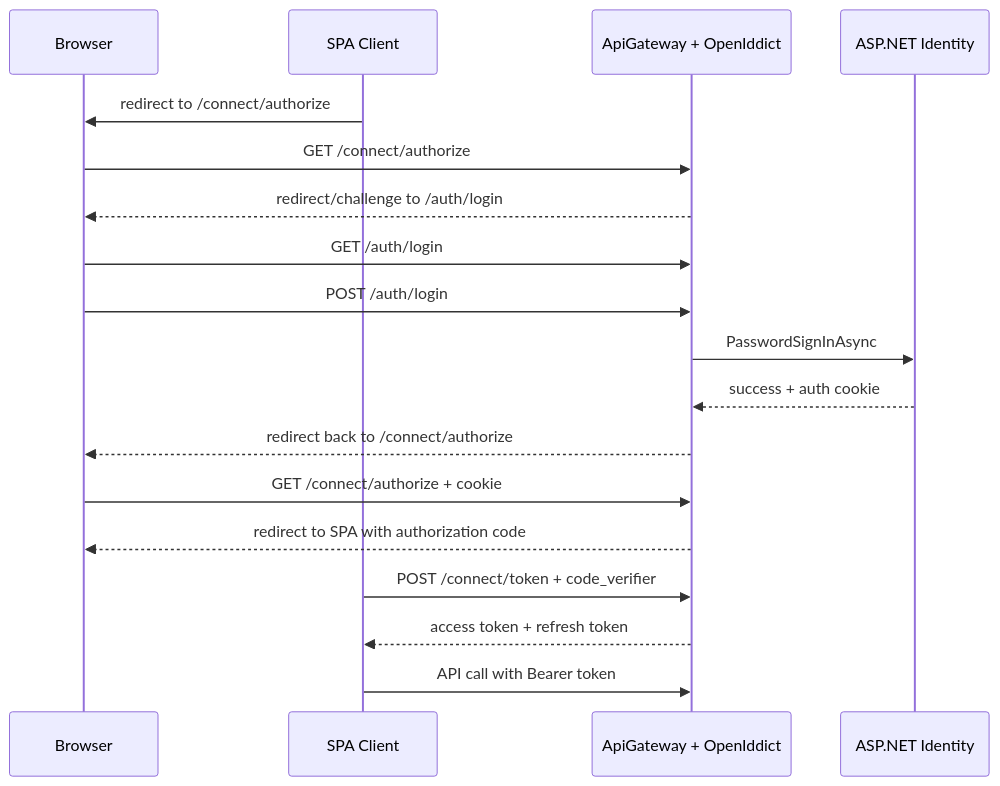
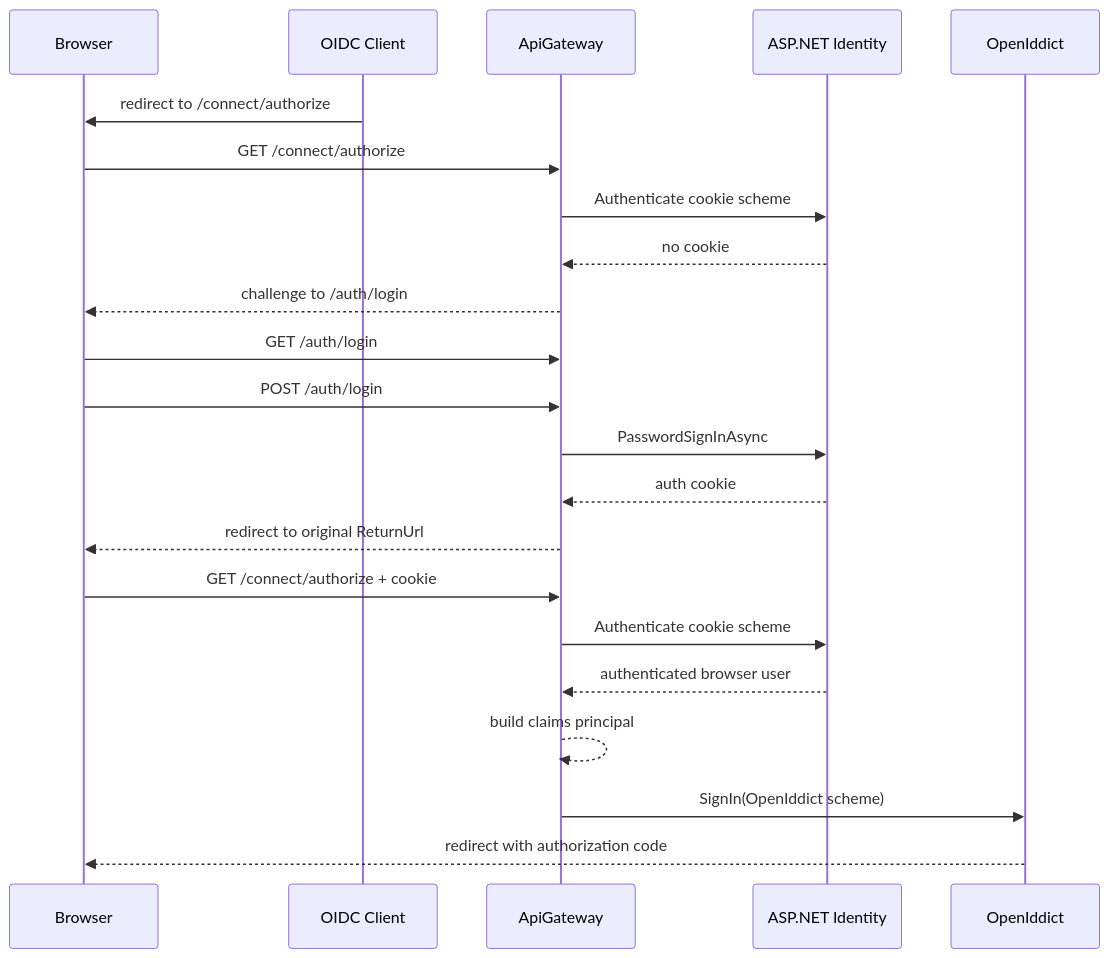
The second of 3 diagrams in GuitarStore/.ai/Auth_Flow.md (Kamil9223/GuitarStore), drawn with Mermaid before and after one commit. The commit also changed other lines of this file and 28 other files, not shown here.

````diff
--- a/GuitarStore/.ai/Auth_Flow.md
+++ b/GuitarStore/.ai/Auth_Flow.md
@@ -126,21 +141,25 @@
 ```mermaid
 sequenceDiagram
     participant Browser
-    participant SPA as SPA Client
-    participant Auth as ApiGateway + OpenIddict
+    participant Client as OIDC Client
+    participant Auth as ApiGateway
     participant Identity as ASP.NET Identity
+    participant Oidc as OpenIddict
 
-    SPA->>Browser: redirect to /connect/authorize
+    Client->>Browser: redirect to /connect/authorize
     Browser->>Auth: GET /connect/authorize
-    Auth-->>Browser: redirect/challenge to /auth/login
+    Auth->>Identity: Authenticate cookie scheme
+    Identity-->>Auth: no cookie
+    Auth-->>Browser: challenge to /auth/login
     Browser->>Auth: GET /auth/login
     Browser->>Auth: POST /auth/login
     Auth->>Identity: PasswordSignInAsync
-    Identity-->>Auth: success + auth cookie
-    Auth-->>Browser: redirect back to /connect/authorize
+    Identity-->>Auth: auth cookie
+    Auth-->>Browser: redirect to original ReturnUrl
     Browser->>Auth: GET /connect/authorize + cookie
-    Auth-->>Browser: redirect to SPA with authorization code
-    SPA->>Auth: POST /connect/token + code_verifier
-    Auth-->>SPA: access token + refresh token
-    SPA->>Auth: API call with Bearer token
+    Auth->>Identity: Authenticate cookie scheme
+    Identity-->>Auth: authenticated browser user
+    Auth-->>Auth: build claims principal
+    Auth->>Oidc: SignIn(OpenIddict scheme)
+    Oidc-->>Browser: redirect with authorization code
 ```
````
